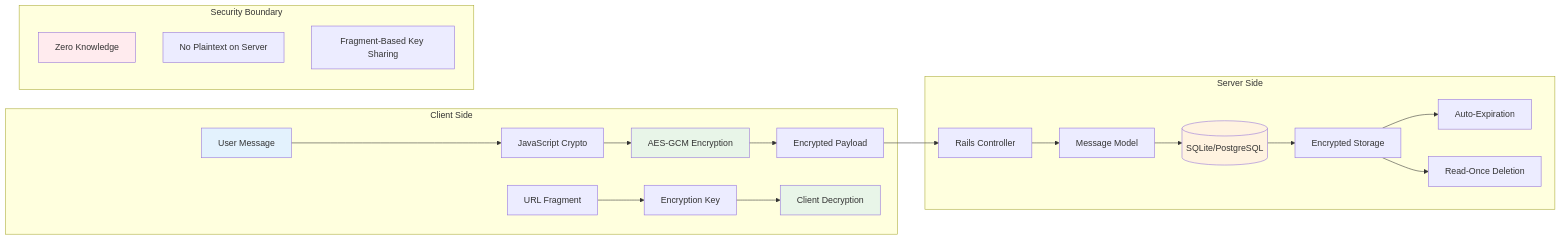
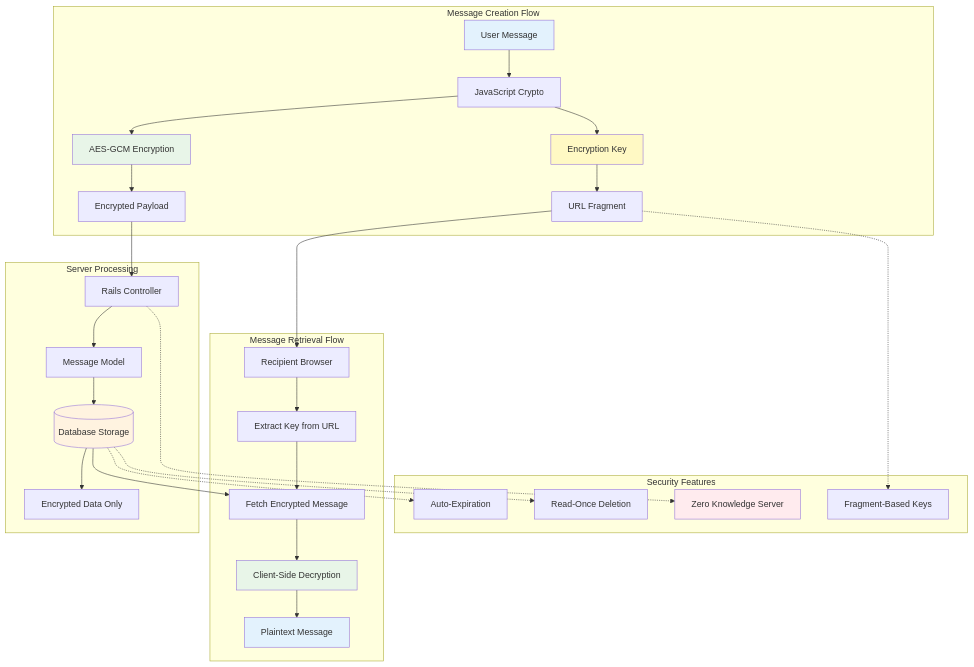
One commit to johanns/Celox changed the fourth of 5 diagrams in README.md. Above: the diagram before and after it, drawn with Mermaid. The commit also changed other lines of this file and 1 other file, not shown here.

Commit message:
doc: update README with live app link and project history

````diff
--- a/README.md
+++ b/README.md
@@ -277,33 +284,46 @@
 ```mermaid
-graph LR
-    subgraph "Client Side"
+graph TB
+    subgraph "Message Creation Flow"
         A[User Message] --> B[JavaScript Crypto]
         B --> C[AES-GCM Encryption]
         C --> D[Encrypted Payload]
-
-        E[URL Fragment] --> F[Encryption Key]
-        F --> G[Client Decryption]
+        B --> E[Encryption Key]
+        E --> F[URL Fragment]
     end
 
-    subgraph "Server Side"
-        D --> H[Rails Controller]
-        H --> I[Message Model]
-        I --> J[(SQLite/PostgreSQL)]
-
-        J --> K[Encrypted Storage]
-        K --> L[Auto-Expiration]
-        K --> M[Read-Once Deletion]
+    subgraph "Server Processing"
+        D --> G[Rails Controller]
+        G --> H[Message Model]
+        H --> I[(Database Storage)]
+        I --> J[Encrypted Data Only]
     end
 
-    subgraph "Security Boundary"
-        N[Zero Knowledge]
-        O[No Plaintext on Server]
-        P[Fragment-Based Key Sharing]
+    subgraph "Message Retrieval Flow"
+        F --> K[Recipient Browser]
+        K --> L[Extract Key from URL]
+        L --> M[Fetch Encrypted Message]
+        I --> M
+        M --> N[Client-Side Decryption]
+        N --> O[Plaintext Message]
     end
+
+    subgraph "Security Features"
+        P[Auto-Expiration]
+        Q[Read-Once Deletion]
+        R[Zero Knowledge Server]
+        S[Fragment-Based Keys]
+    end
+
+    I -.-> P
+    I -.-> Q
+    G -.-> R
+    F -.-> S
 
     style A fill:#e3f2fd
     style C fill:#e8f5e8
-    style G fill:#e8f5e8
-    style J fill:#fff3e0
-    style N fill:#ffebee
+    style E fill:#fff9c4
+    style I fill:#fff3e0
+    style N fill:#e8f5e8
+    style O fill:#e3f2fd
+    style R fill:#ffebee
 ```
````
